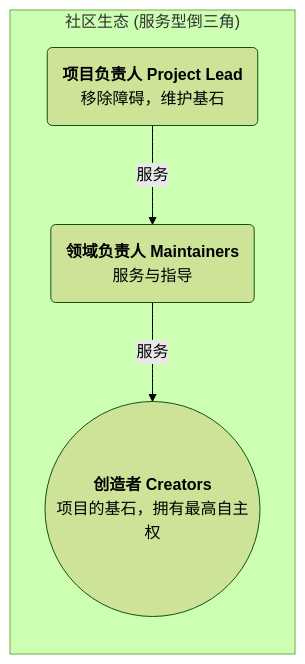
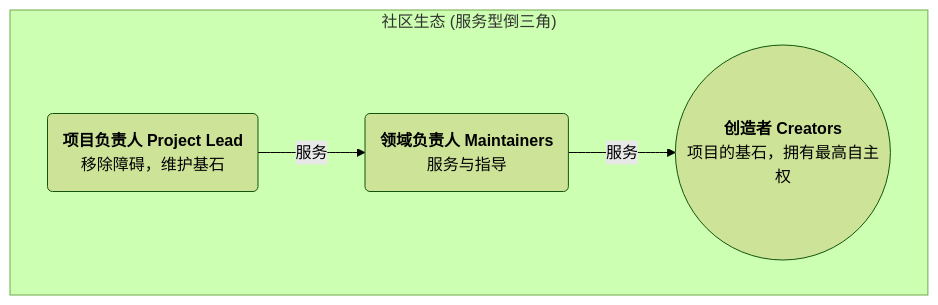
Before and after one commit to rainbow-loong/OneMind: the diagram in doc/open-source-governance/GOVERNANCE_CHARTER.md, drawn with Mermaid (forest theme).

````diff
--- a/doc/open-source-governance/GOVERNANCE_CHARTER.md
+++ b/doc/open-source-governance/GOVERNANCE_CHARTER.md
@@ -36,11 +36,11 @@
     ```mermaid
-    graph BT
+    graph TD
         subgraph "社区生态 (服务型倒三角)"
             C((<b>创造者 Creators</b><br>项目的基石，拥有最高自主权))
             M("<b>领域负责人 Maintainers</b><br>服务与指导")
             P("<b>项目负责人 Project Lead</b><br>移除障碍，维护基石")
 
             P -- 服务 --> M
             M -- 服务 --> C
         end
     ```
````
